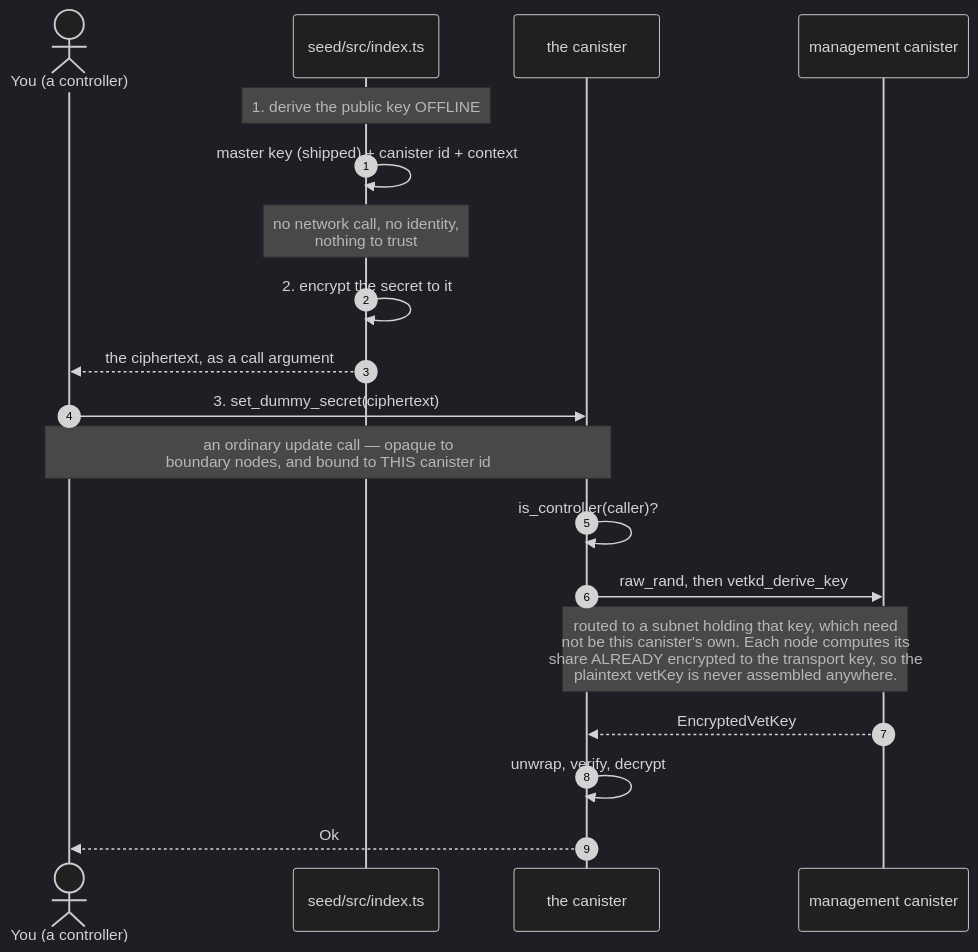
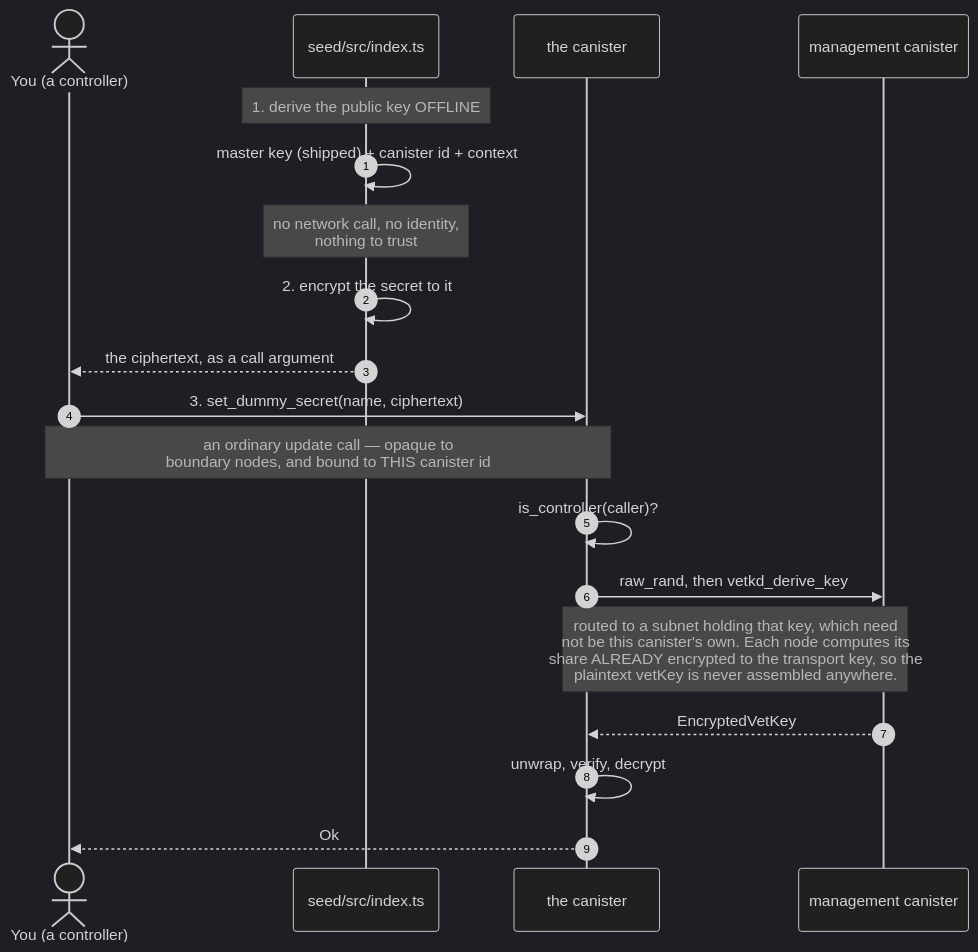
One commit to marc0olo/icp-seeding-secrets-poc changed the diagram in README.md. Above: the diagram before and after it, drawn with Mermaid (dark theme). The commit also changed other lines of this file and 6 other files, not shown here.

````diff
--- a/README.md
+++ b/README.md
@@ -59,25 +59,25 @@
 ```mermaid
 sequenceDiagram
     autonumber
     actor Dev as You (a controller)
     participant Script as seed/src/index.ts
     participant Can as the canister
     participant Mgmt as management canister
 
     Note over Script: 1. derive the public key OFFLINE
     Script->>Script: master key (shipped) + canister id + context
     Note over Script: no network call, no identity,<br/>nothing to trust
 
     Script->>Script: 2. encrypt the secret to it
     Script-->>Dev: the ciphertext, as a call argument
 
-    Dev->>Can: 3. set_dummy_secret(ciphertext)
+    Dev->>Can: 3. set_dummy_secret(name, ciphertext)
     Note over Dev,Can: an ordinary update call — opaque to<br/>boundary nodes, and bound to THIS canister id
     Can->>Can: is_controller(caller)?
 
     Can->>Mgmt: raw_rand, then vetkd_derive_key
     Note over Can,Mgmt: routed to a subnet holding that key, which need<br/>not be this canister's own. Each node computes its<br/>share ALREADY encrypted to the transport key, so the<br/>plaintext vetKey is never assembled anywhere.
     Mgmt-->>Can: EncryptedVetKey
     Can->>Can: unwrap, verify, decrypt
     Can-->>Dev: Ok
 ```
````
